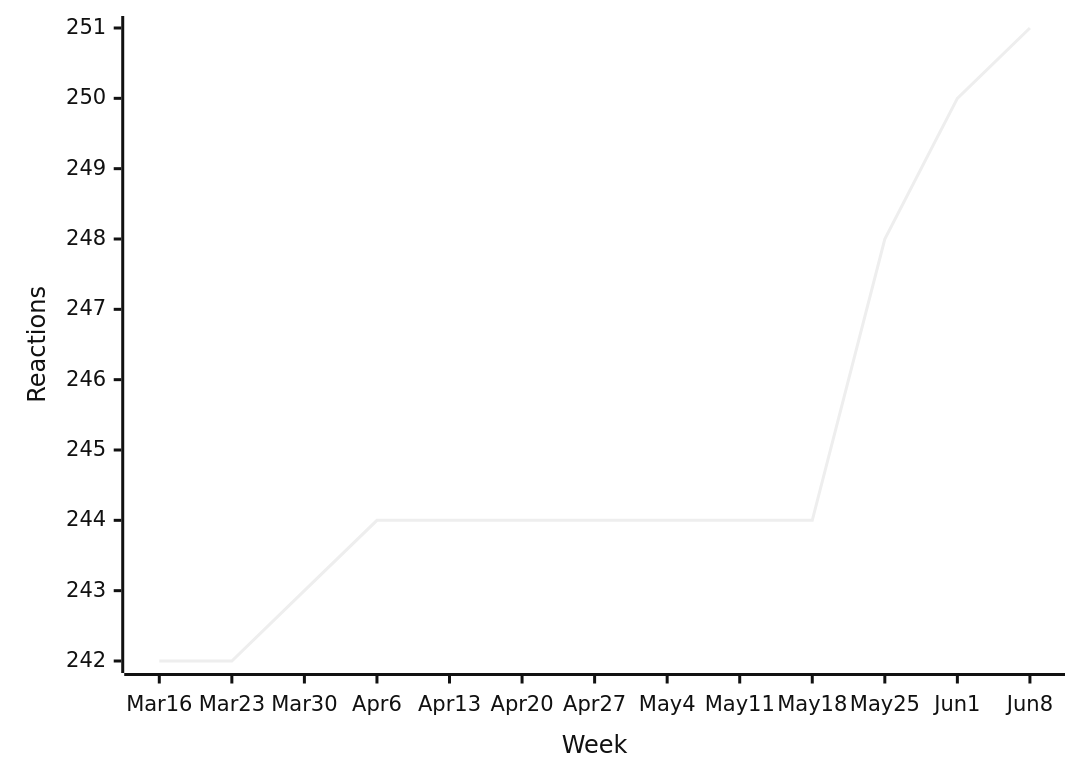
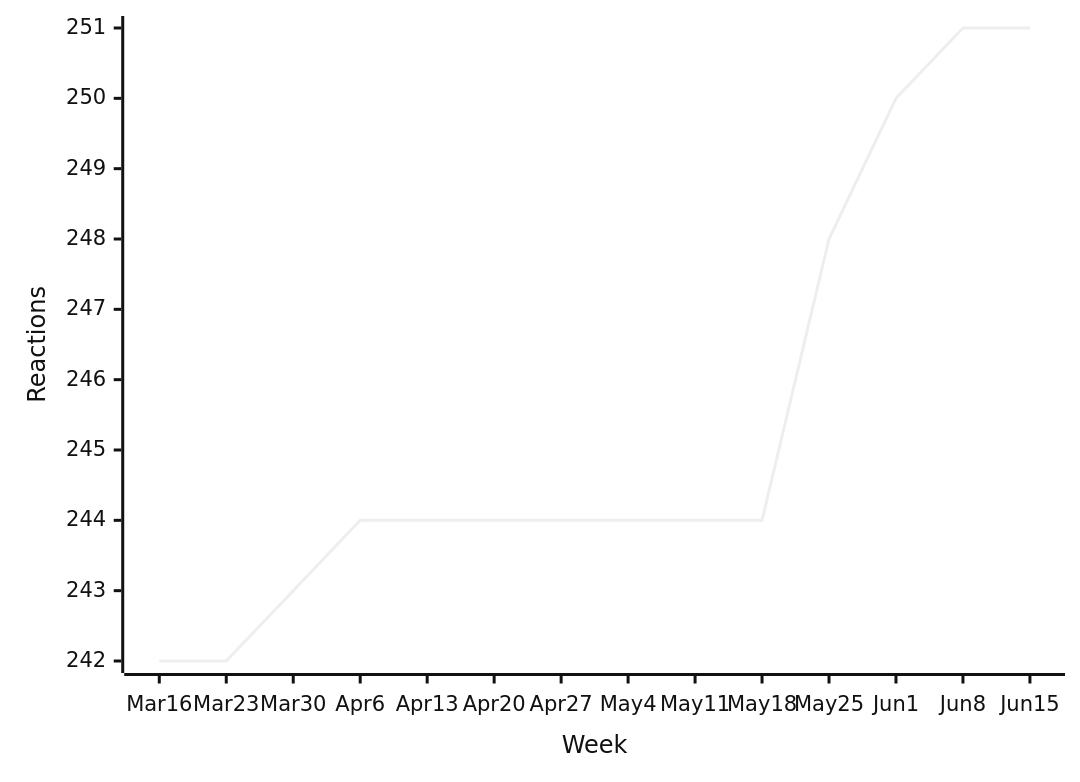
Before and after one commit to loic-sharma/github-insights: diagram 14 of 47 in README.md, drawn with Mermaid (neutral theme). The commit also changed other lines of this file and 3 other files, not shown here.

````diff
--- a/README.md
+++ b/README.md
@@ -560,6 +560,6 @@
   ```mermaid
   xychart-beta
-    x-axis "Week" [Mar 16, Mar 23, Mar 30, Apr 6, Apr 13, Apr 20, Apr 27, May 4, May 11, May 18, May 25, Jun 1, Jun 8]
+    x-axis "Week" [Mar 16, Mar 23, Mar 30, Apr 6, Apr 13, Apr 20, Apr 27, May 4, May 11, May 18, May 25, Jun 1, Jun 8, Jun 15]
     y-axis "Reactions"
-    line [242, 242, 243, 244, 244, 244, 244, 244, 244, 244, 248, 250, 251]
+    line [242, 242, 243, 244, 244, 244, 244, 244, 244, 244, 248, 250, 251, 251]
   ```
````
